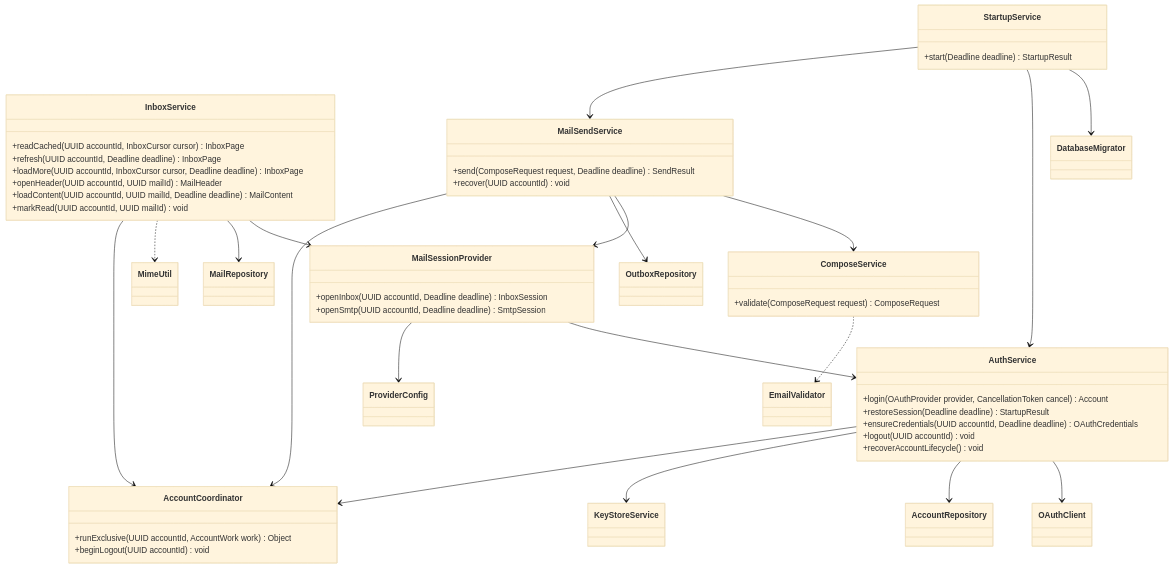
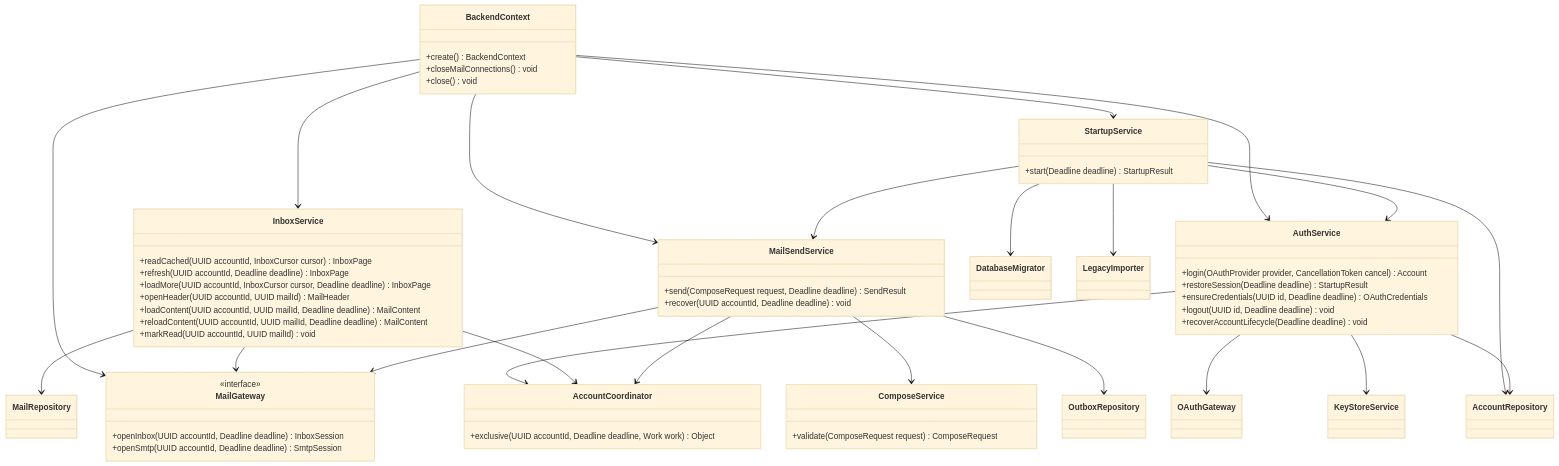
Before and after one commit to JuanPablo72000/evermail: the first of 5 diagrams in docs/arquitectura/diagramas/uml-service.md, drawn with Mermaid (base theme). The commit also changed other lines of this file and 25 other files, not shown here.

````diff
--- a/docs/arquitectura/diagramas/uml-service.md
+++ b/docs/arquitectura/diagramas/uml-service.md
@@ -5,54 +5,63 @@
 ```mermaid
 classDiagram
+    class BackendContext {
+        +create() BackendContext
+        +closeMailConnections() void
+        +close() void
+    }
     class StartupService {
         +start(Deadline deadline) StartupResult
     }
     class AuthService {
         +login(OAuthProvider provider, CancellationToken cancel) Account
         +restoreSession(Deadline deadline) StartupResult
-        +ensureCredentials(UUID accountId, Deadline deadline) OAuthCredentials
-        +logout(UUID accountId) void
-        +recoverAccountLifecycle() void
-    }
-    class MailSessionProvider {
-        +openInbox(UUID accountId, Deadline deadline) InboxSession
-        +openSmtp(UUID accountId, Deadline deadline) SmtpSession
+        +ensureCredentials(UUID id, Deadline deadline) OAuthCredentials
+        +logout(UUID id, Deadline deadline) void
+        +recoverAccountLifecycle(Deadline deadline) void
     }
     class InboxService {
         +readCached(UUID accountId, InboxCursor cursor) InboxPage
         +refresh(UUID accountId, Deadline deadline) InboxPage
         +loadMore(UUID accountId, InboxCursor cursor, Deadline deadline) InboxPage
         +openHeader(UUID accountId, UUID mailId) MailHeader
         +loadContent(UUID accountId, UUID mailId, Deadline deadline) MailContent
+        +reloadContent(UUID accountId, UUID mailId, Deadline deadline) MailContent
         +markRead(UUID accountId, UUID mailId) void
     }
     class ComposeService {
         +validate(ComposeRequest request) ComposeRequest
     }
     class MailSendService {
         +send(ComposeRequest request, Deadline deadline) SendResult
-        +recover(UUID accountId) void
+        +recover(UUID accountId, Deadline deadline) void
     }
     class AccountCoordinator {
-        +runExclusive(UUID accountId, AccountWork work) Object
-        +beginLogout(UUID accountId) void
+        +exclusive(UUID accountId, Deadline deadline, Work work) Object
     }
+    class MailGateway {
+        <<interface>>
+        +openInbox(UUID accountId, Deadline deadline) InboxSession
+        +openSmtp(UUID accountId, Deadline deadline) SmtpSession
+    }
+    BackendContext --> StartupService
+    BackendContext --> AuthService
+    BackendContext --> InboxService
+    BackendContext --> MailSendService
+    BackendContext --> MailGateway
     StartupService --> DatabaseMigrator
+    StartupService --> LegacyImporter
+    StartupService --> AccountRepository
     StartupService --> AuthService
     StartupService --> MailSendService
-    AuthService --> OAuthClient
     AuthService --> AccountRepository
     AuthService --> KeyStoreService
-    MailSessionProvider --> AuthService
-    MailSessionProvider --> ProviderConfig
-    InboxService --> MailSessionProvider
+    AuthService --> OAuthGateway
+    AuthService --> AccountCoordinator
+    InboxService --> MailGateway
     InboxService --> MailRepository
-    InboxService ..> MimeUtil
-    ComposeService ..> EmailValidator
+    InboxService --> AccountCoordinator
+    MailSendService --> MailGateway
+    MailSendService --> OutboxRepository
     MailSendService --> ComposeService
-    MailSendService --> MailSessionProvider
-    MailSendService --> OutboxRepository
-    AuthService --> AccountCoordinator
-    InboxService --> AccountCoordinator
     MailSendService --> AccountCoordinator
 ```
````
